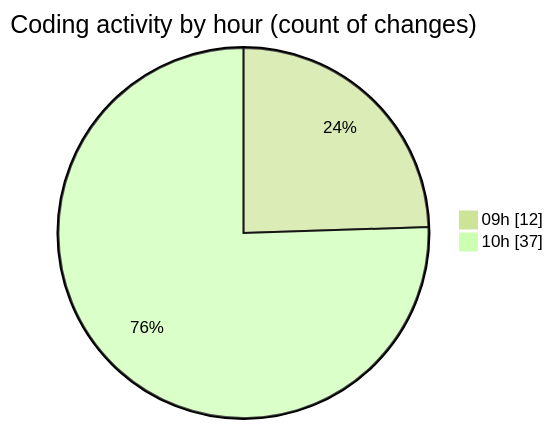
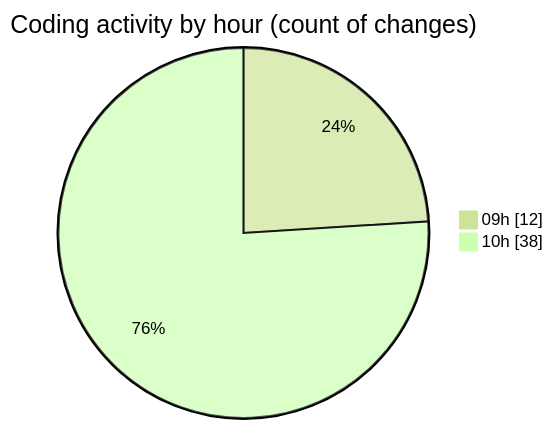
Before and after one commit to momahboobian/code-tracking: the second of 2 diagrams in 2025-10-03/cda/README.md, drawn with Mermaid (forest theme). The commit also changed other lines of this file and 1 other file, not shown here.

````diff
--- a/2025-10-03/cda/README.md
+++ b/2025-10-03/cda/README.md
@@ -31,6 +31,6 @@
 ```mermaid
 pie showData
 title Coding activity by hour (count of changes)
 "09h" : 12
-"10h" : 37
+"10h" : 38
 ```
````
